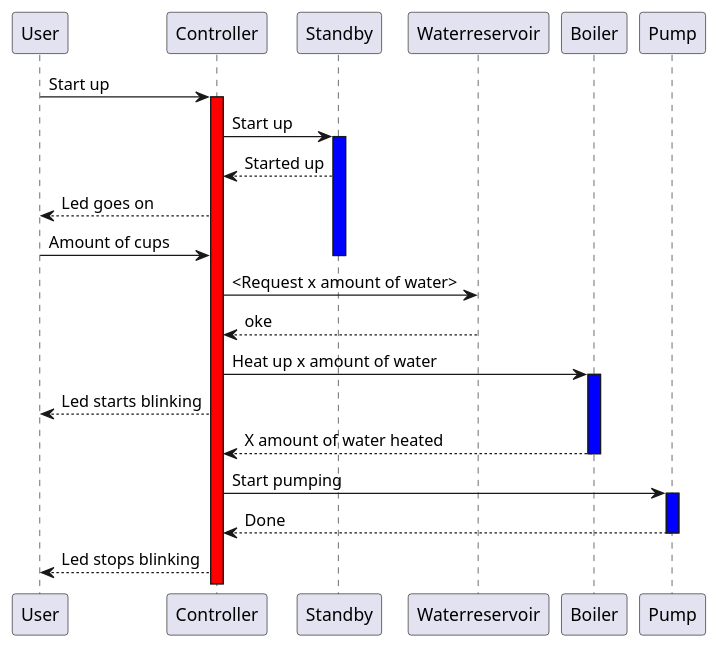
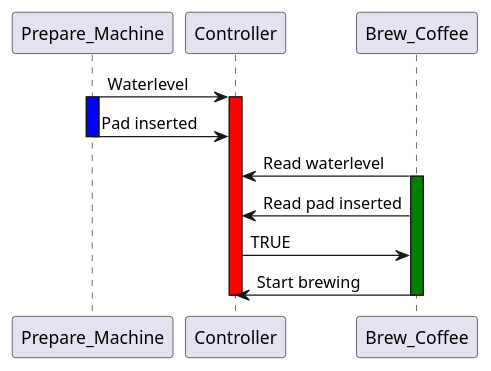
One commit to ArendsJurrien/Assignment-Process---Safety-Jurri-n-Arends changed the diagram in src/Sequence_diagram_communication.md. Above: the diagram before and after it, drawn with PlantUML. The commit also changed other lines of this file and 7 other files, not shown here.

````diff
--- a/src/Sequence_diagram_communication.md
+++ b/src/Sequence_diagram_communication.md
@@ -4,31 +5,21 @@
 ```plantuml
 @startuml
-participant User
-
-User -> Controller: Start up 
-activate Controller #RED
-Controller -> Standby: Start up
-activate Standby #BLUE
-Standby --> Controller: Started up
-Controller --> User: Led goes on
 
 
-User -> Controller: Amount of cups
-deactivate Standby
-Controller -> Waterreservoir: <Request x amount of water>
-Waterreservoir --> Controller: oke
+Prepare_Machine -> Controller: Waterlevel
+Activate Prepare_Machine #BLUE 
+activate Controller #RED
+Prepare_Machine -> Controller: Pad inserted
+Deactivate Prepare_Machine 
 
-Controller -> Boiler: Heat up x amount of water
-activate Boiler #BLUE
-Controller --> User: Led starts blinking 
-Boiler --> Controller: X amount of water heated
-deactivate Boiler
-Controller -> Pump: Start pumping
-activate Pump #BLUE
-Pump --> Controller: Done
-deactivate Pump
 
-Controller --> User: Led stops blinking
+Brew_Coffee -> Controller: Read waterlevel
+Activate Brew_Coffee #Green 
+Brew_Coffee -> Controller: Read pad inserted
+Controller -> Brew_Coffee: TRUE
+Brew_Coffee -> Controller: Start brewing
+Deactivate Controller
+Deactivate Brew_Coffee
 
 @enduml
 ```
````
